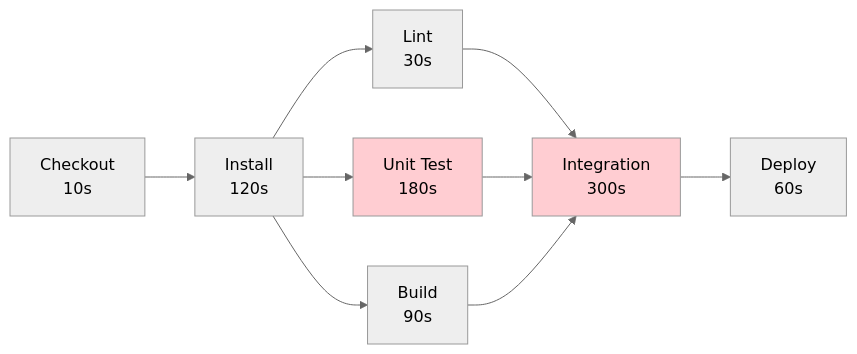
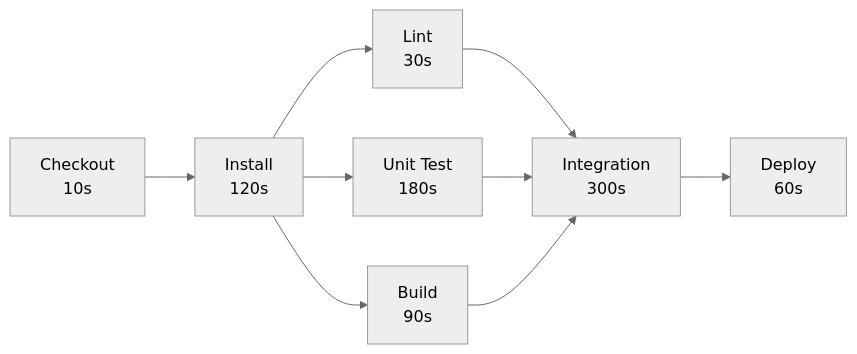
One commit to shivam-g-mishra/blog changed the diagram in docs/cicd/pipeline-optimization.md. Above: the diagram before and after it, drawn with Mermaid. The commit also changed 23 other files, not shown here.

First line of the commit message:
fix: improve Mermaid diagram visibility in dark mode

````diff
--- a/docs/cicd/pipeline-optimization.md
+++ b/docs/cicd/pipeline-optimization.md
@@ -138,15 +138,12 @@
 ```mermaid
 %%{init: {'theme': 'neutral'}}%%
 flowchart LR
     A[Checkout<br/>10s] --> B[Install<br/>120s]
     B --> C[Lint<br/>30s]
     B --> D[Unit Test<br/>180s]
     B --> E[Build<br/>90s]
     C --> F[Integration<br/>300s]
     D --> F
     E --> F
     F --> G[Deploy<br/>60s]
-    
-    style D fill:#ffcdd2
-    style F fill:#ffcdd2
 ```
````
